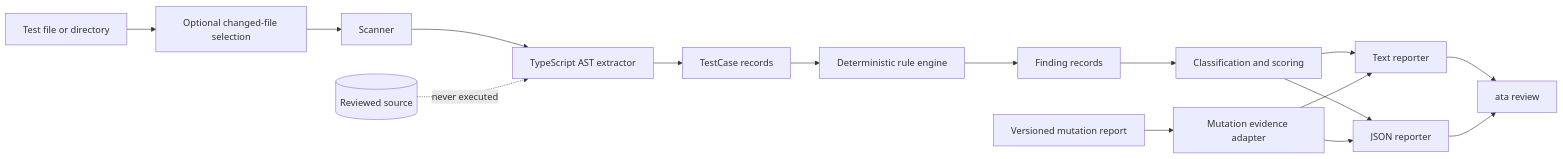
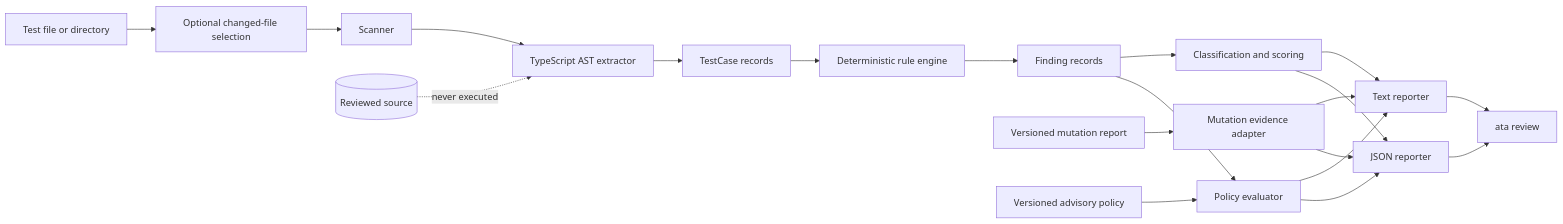
One commit to AI-Native-QA-Lab/ai-test-auditor changed the diagram in docs/architecture.md. Above: the diagram before and after it, drawn with Mermaid. The commit also changed other lines of this file and 32 other files, not shown here.

Commit message:
feat: add advisory audit policy

````diff
--- a/docs/architecture.md
+++ b/docs/architecture.md
@@ -14,18 +14,22 @@
 ```mermaid
 flowchart LR
   Input[Test file or directory] --> Selection[Optional changed-file selection]
   Selection --> Scanner[Scanner]
   Scanner --> Extractor[TypeScript AST extractor]
   Extractor --> Cases[TestCase records]
   Cases --> Rules[Deterministic rule engine]
   Rules --> Findings[Finding records]
   Findings --> Audit[Classification and scoring]
   Audit --> Text[Text reporter]
   Audit --> Json[JSON reporter]
   Mutation[Versioned mutation report] --> MutationAdapter[Mutation evidence adapter]
   MutationAdapter --> Text
   MutationAdapter --> Json
+  Policy[Versioned advisory policy] --> PolicyAdapter[Policy evaluator]
+  Findings --> PolicyAdapter
+  PolicyAdapter --> Text
+  PolicyAdapter --> Json
   Text --> CLI[ata review]
   Json --> CLI
   Source[(Reviewed source)] -. never executed .-> Extractor
 ```
````
